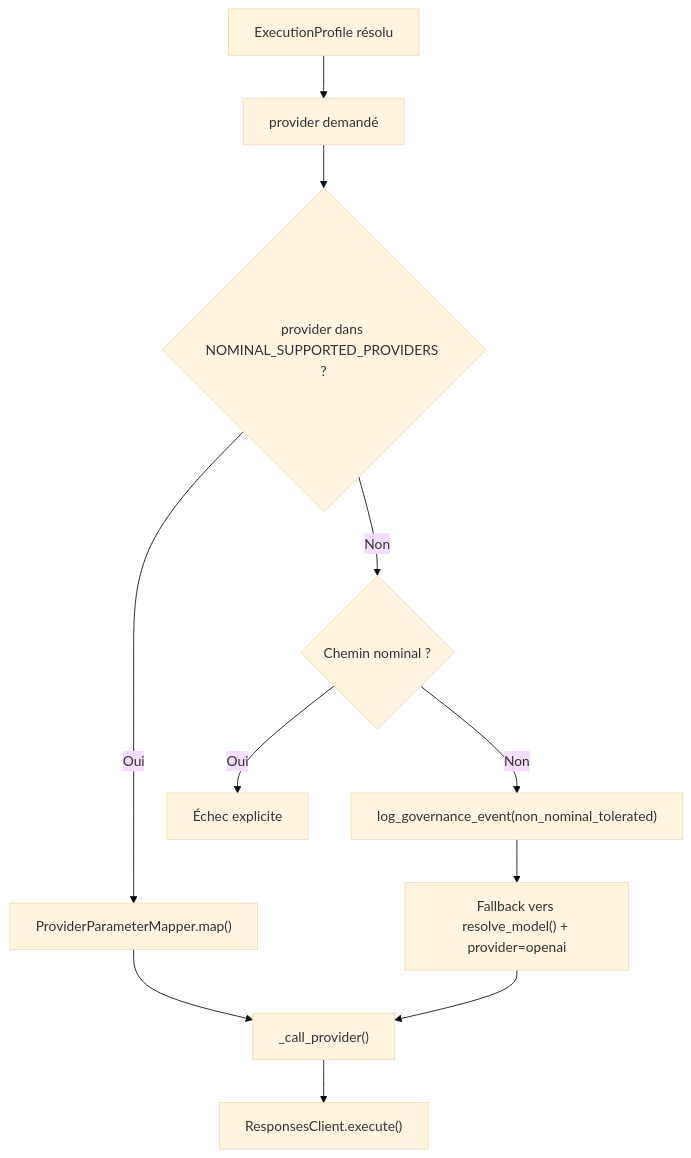
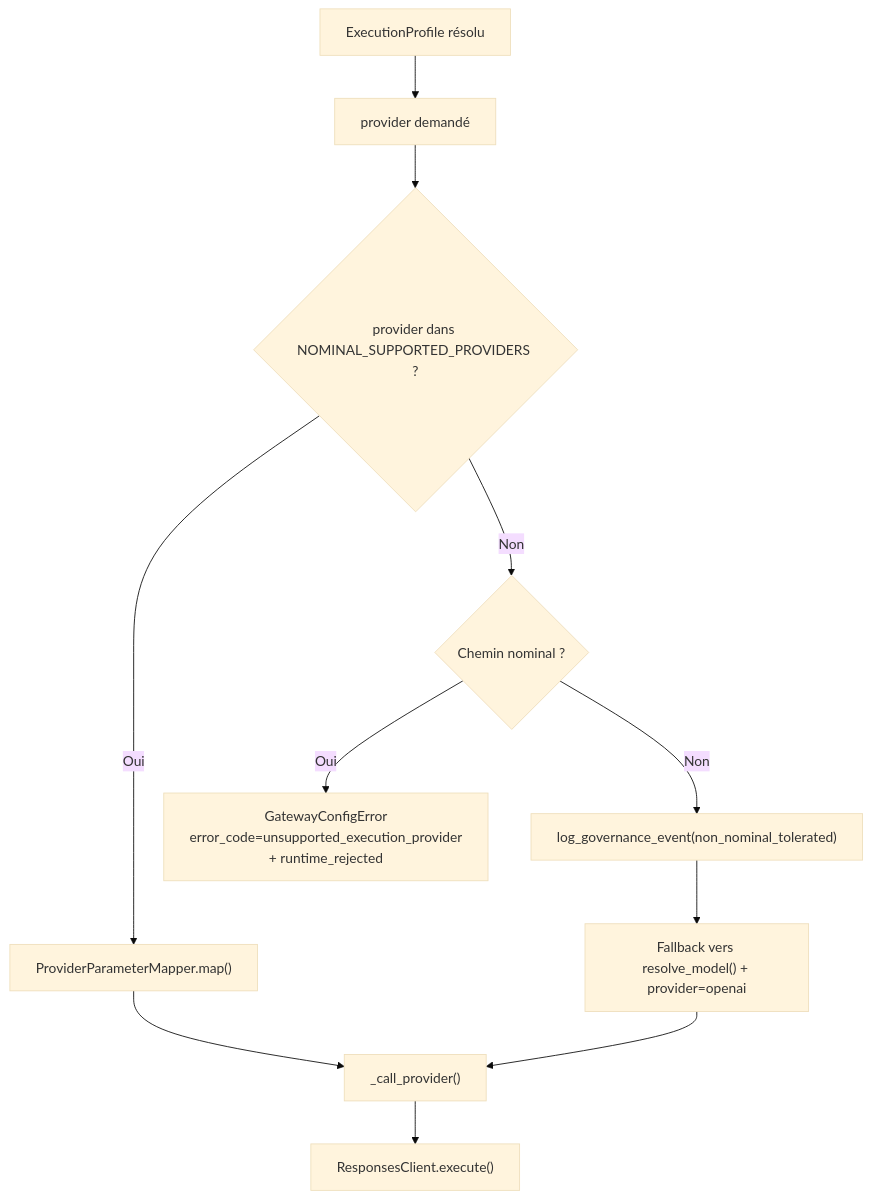
Before and after one commit to daconrilcy/horoscope_front: the fifth of 6 diagrams in docs/llm-prompt-generation-by-feature.md, drawn with Mermaid (base theme). The commit also changed other lines of this file and 3 other files, not shown here.

````diff
--- a/docs/llm-prompt-generation-by-feature.md
+++ b/docs/llm-prompt-generation-by-feature.md
@@ -394,13 +402,13 @@
 ```mermaid
 flowchart TD
     A["ExecutionProfile résolu"] --> B["provider demandé"]
     B --> C{"provider dans NOMINAL_SUPPORTED_PROVIDERS ?"}
     C -->|Oui| D["ProviderParameterMapper.map()"]
     C -->|Non| E{"Chemin nominal ?"}
-    E -->|Oui| F["Échec explicite"]
+    E -->|Oui| F["GatewayConfigError<br/>error_code=unsupported_execution_provider<br/>+ runtime_rejected"]
     E -->|Non| G["log_governance_event(non_nominal_tolerated)"]
     G --> H["Fallback vers resolve_model() + provider=openai"]
     D --> I["_call_provider()"]
     H --> I
     I --> J["ResponsesClient.execute()"]
 ```
````
